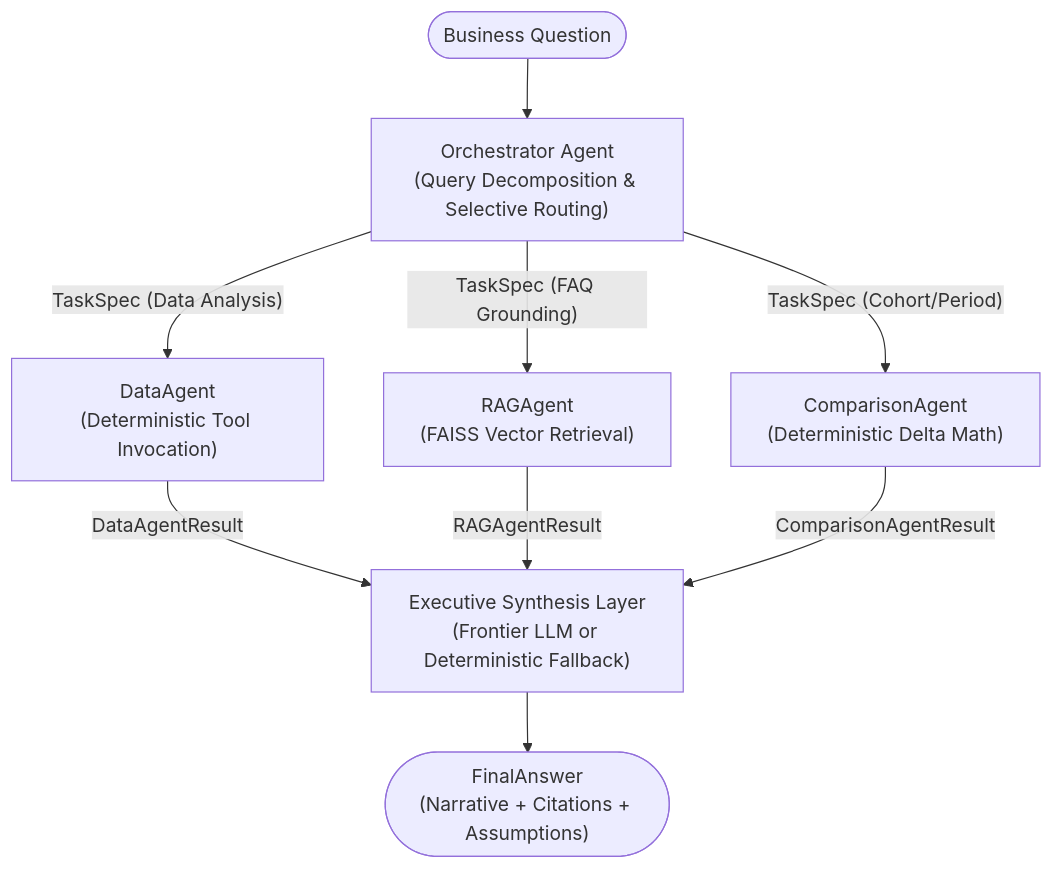
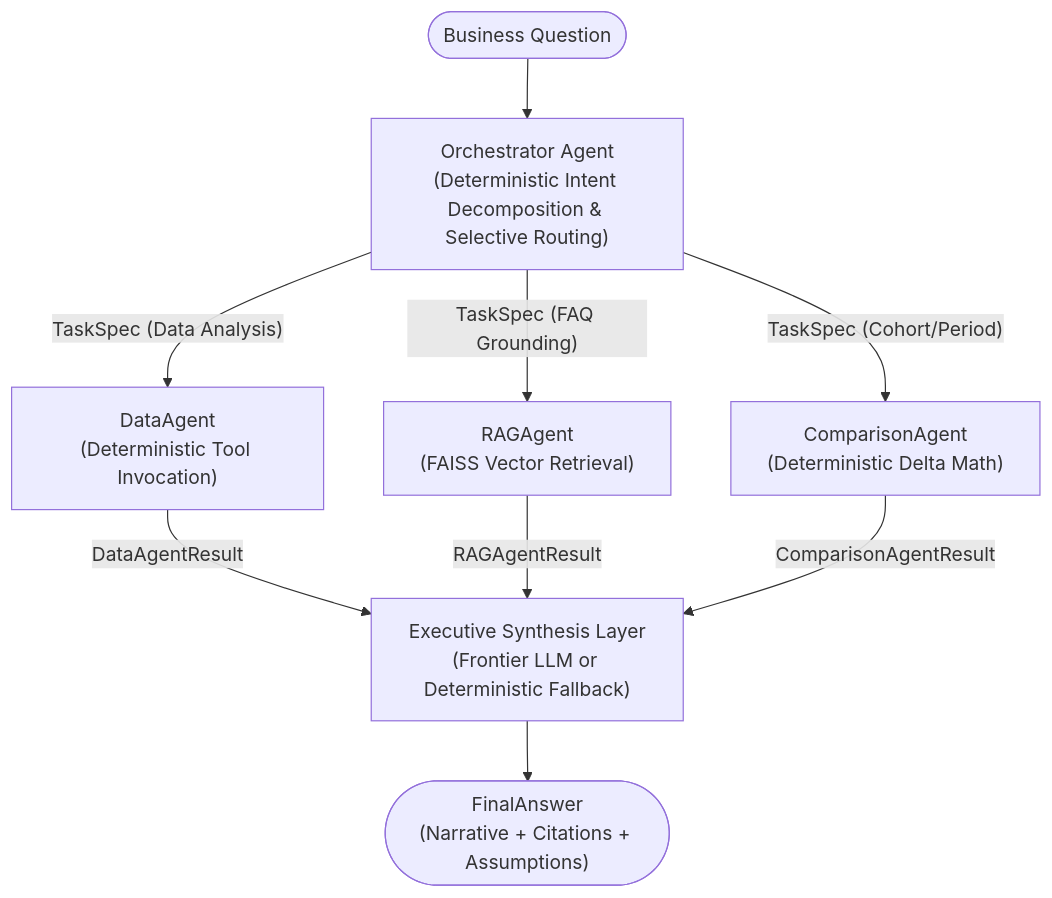
The diagram in README.md (jahnvik16/MiniSense), drawn with Mermaid before and after one commit. The commit also changed other lines of this file and 12 other files, not shown here.

````diff
--- a/README.md
+++ b/README.md
@@ -21,14 +21,14 @@
 ```mermaid
 flowchart TD
-    UserQuery(["Business Question"]) --> Orchestrator["Orchestrator Agent<br/>(Query Decomposition & Selective Routing)"]
+    UserQuery(["Business Question"]) --> Orchestrator["Orchestrator Agent<br/>(Deterministic Intent Decomposition & Selective Routing)"]
     
     Orchestrator -->|"TaskSpec (Data Analysis)"| DataAgent["DataAgent<br/>(Deterministic Tool Invocation)"]
     Orchestrator -->|"TaskSpec (FAQ Grounding)"| RAGAgent["RAGAgent<br/>(FAISS Vector Retrieval)"]
     Orchestrator -->|"TaskSpec (Cohort/Period)"| ComparisonAgent["ComparisonAgent<br/>(Deterministic Delta Math)"]
     
     DataAgent -->|"DataAgentResult"| Synthesis["Executive Synthesis Layer<br/>(Frontier LLM or Deterministic Fallback)"]
     RAGAgent -->|"RAGAgentResult"| Synthesis
     ComparisonAgent -->|"ComparisonAgentResult"| Synthesis
     
     Synthesis --> FinalOutput(["FinalAnswer<br/>(Narrative + Citations + Assumptions)"])
 ```
````
